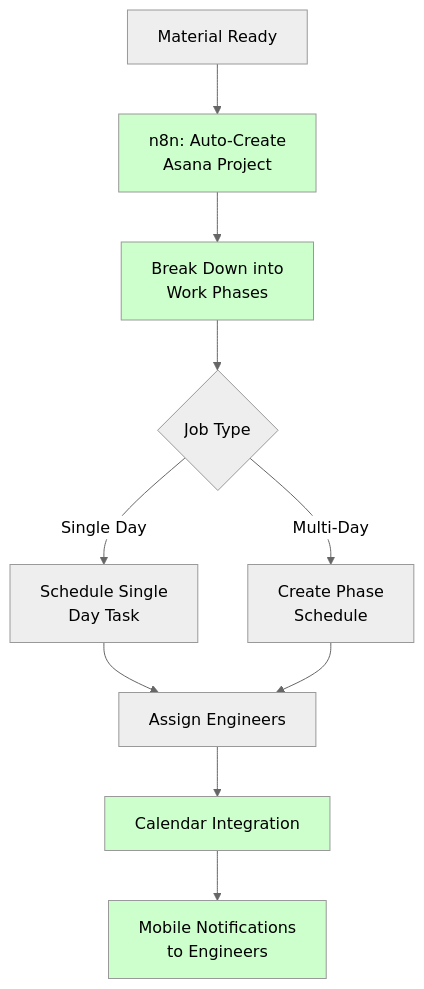
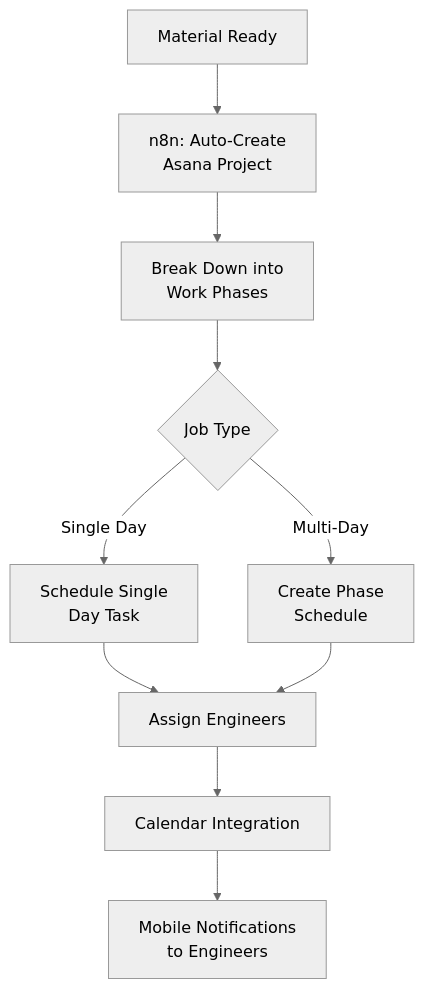
Before and after one commit to Seran003/xmechtest2: the second of 4 diagrams in scheduling/hvac-scheduling-proposed-solution.md, drawn with Mermaid (neutral theme). The commit also changed other lines of this file and 1 other file, not shown here.

````diff
--- a/scheduling/hvac-scheduling-proposed-solution.md
+++ b/scheduling/hvac-scheduling-proposed-solution.md
@@ -40,17 +36,13 @@
 ```mermaid
 flowchart TD
     A[Material Ready] --> B[n8n: Auto-Create<br/>Asana Project]
     B --> C[Break Down into<br/>Work Phases]
     C --> D{Job Type}
     D -->|Single Day| E[Schedule Single<br/>Day Task]
     D -->|Multi-Day| F[Create Phase<br/>Schedule]
     E --> G[Assign Engineers]
     F --> G
     G --> H[Calendar Integration]
     H --> I[Mobile Notifications<br/>to Engineers]
     
-    style B fill:#ccffcc
-    style C fill:#ccffcc
-    style H fill:#ccffcc
-    style I fill:#ccffcc
 ```
````
